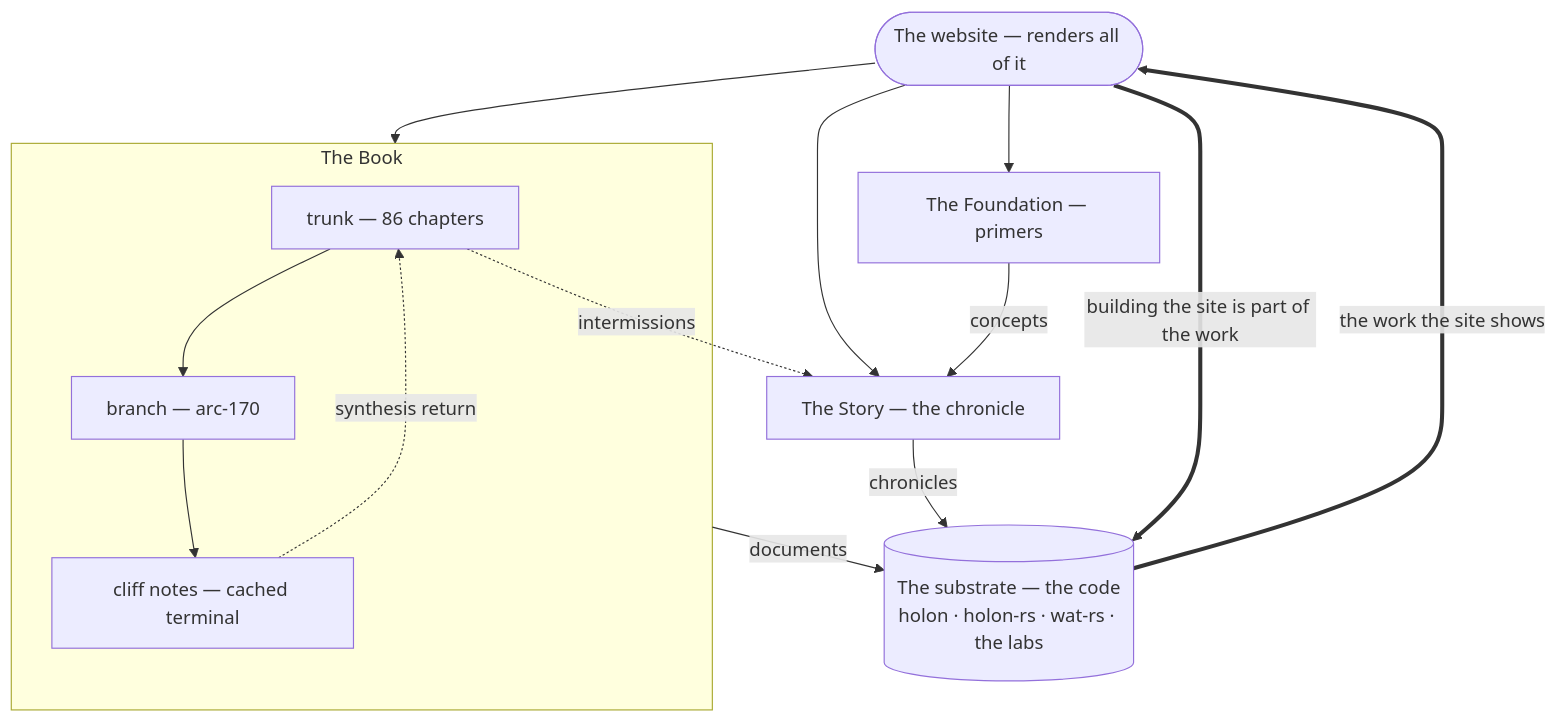
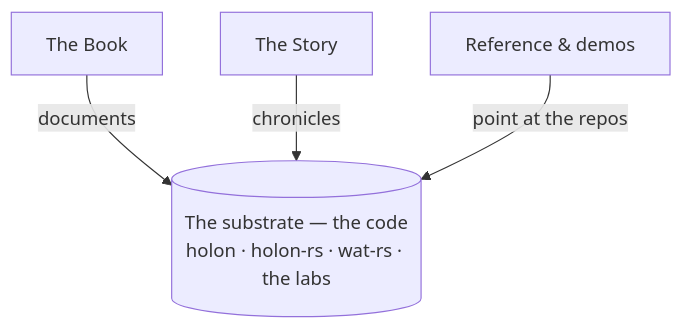
The third of 4 diagrams in src/content/docs/blog/topology.md (watmin/algebraic-intelligence.dev), drawn with Mermaid before and after one commit. The commit also changed other lines of this file, not shown here.

First line of the commit message:
topology: cascade the body-of-work map the way The Circuits does

````diff
--- a/src/content/docs/blog/topology.md
+++ b/src/content/docs/blog/topology.md
@@ -78,24 +116,10 @@
 ```mermaid
 graph TD
-  site(["The website — renders all of it"])
-
-  subgraph TheBook["The Book"]
-    book["trunk — 86 chapters"]
-    branch["branch — arc-170"]
-    cliff["cliff notes — cached terminal"]
-    book --> branch --> cliff
-    cliff -.->|synthesis return| book
-  end
-
-  primers["The Foundation — primers"]
-  story["The Story — the chronicle"]
+  book["The Book"]
+  story["The Story"]
+  reference["Reference &amp; demos"]
   code[("The substrate — the code<br/>holon · holon-rs · wat-rs · the labs")]
-
-  site --> primers & story & TheBook
-  primers -->|concepts| story
-  book -.->|intermissions| story
+  book -->|documents| code
   story -->|chronicles| code
-  TheBook -->|documents| code
-  code ==>|the work the site shows| site
-  site ==>|building the site is part of the work| code
+  reference -->|point at the repos| code
 ```
````
